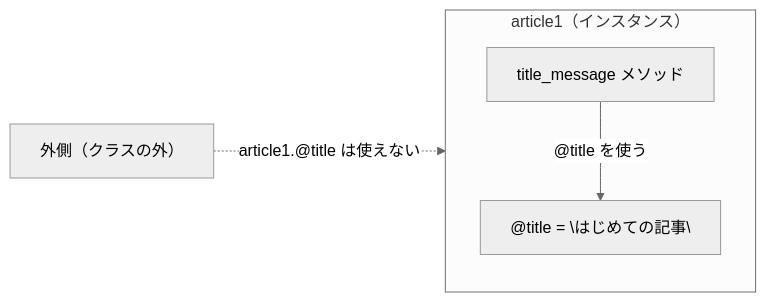
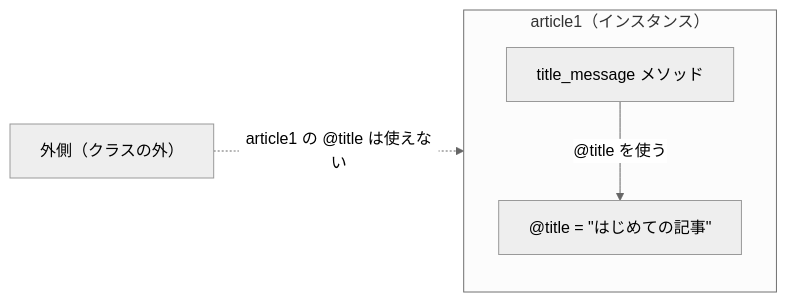
One commit to TORIFUKUKaiou/rails-dojo-year1-content changed the second of 2 diagrams in 08/orientation.md. Above: the diagram before and after it, drawn with Mermaid (neutral theme).

Commit message:
Fix Mermaid double quote rendering and update accessibility description in 08/orientation.md

````diff
--- a/08/orientation.md
+++ b/08/orientation.md
@@ -178,9 +178,9 @@
 ```mermaid
 flowchart LR
   subgraph article1 ["article1（インスタンス）"]
     direction TB
-    V["@title = \"はじめての記事\""]
+    V["@title = &quot;はじめての記事&quot;"]
     M["title_message メソッド"] -- "@title を使う" --> V
   end
-  OUT["外側（クラスの外）"] -. "article1.@title は使えない" .-> V
+  OUT["外側（クラスの外）"] -. "article1 の @title は使えない" .-> V
 ```
````
